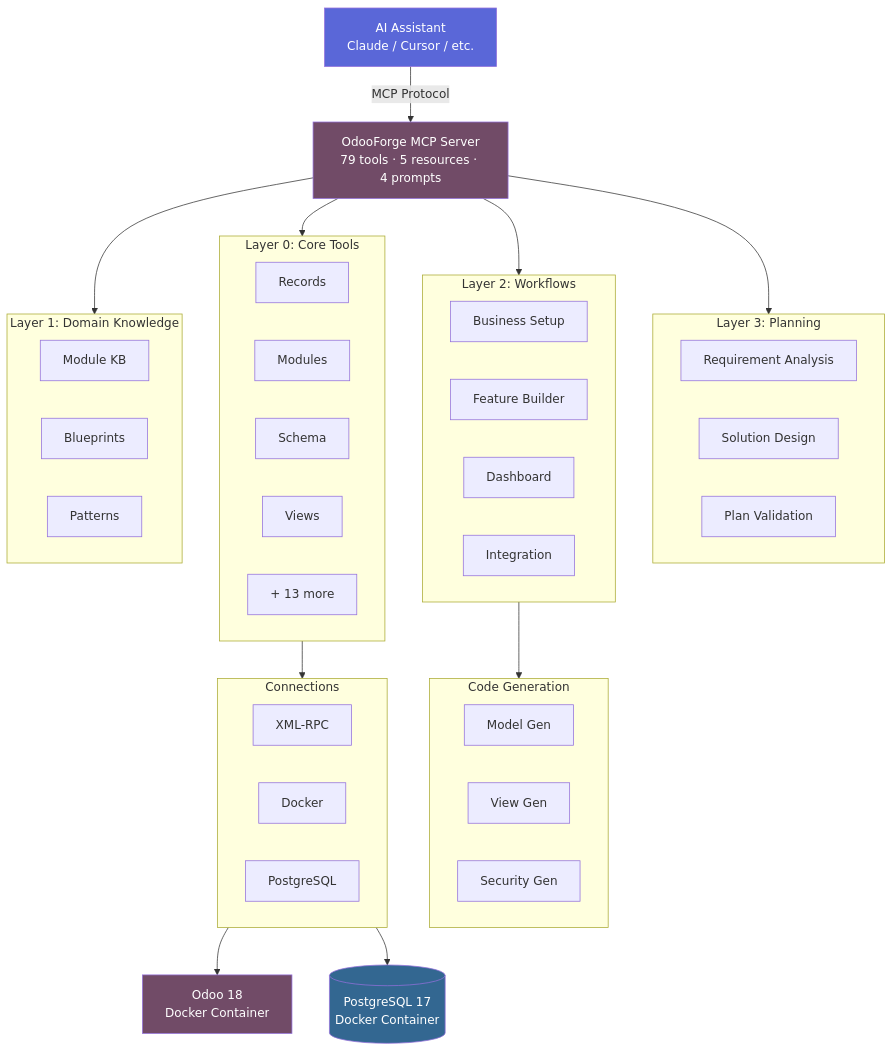
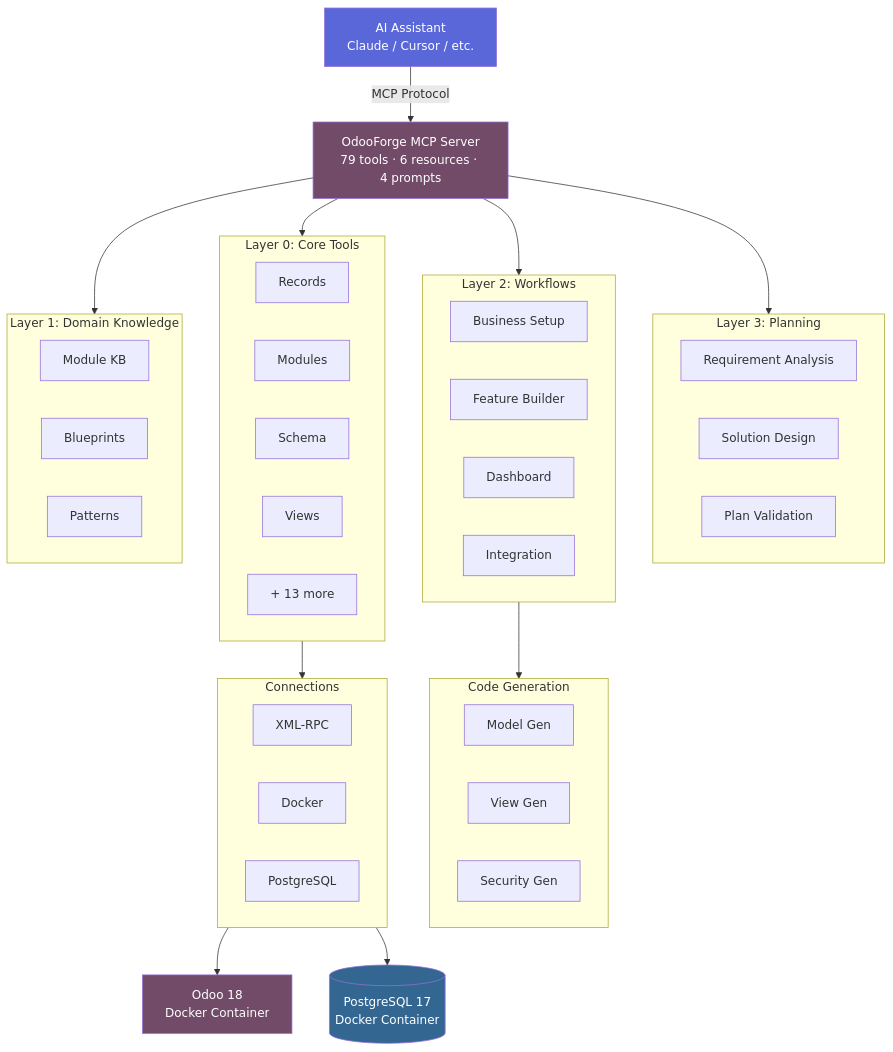
Before and after one commit to hamzatrq/odoo-forge: the diagram in README.md, drawn with Mermaid. The commit also changed other lines of this file and 7 other files, not shown here.

First line of the commit message:
feat: add `odooforge init --update` and update identity to CLI toolkit + MCP server

````diff
--- a/README.md
+++ b/README.md
@@ -233,65 +242,65 @@
 ```mermaid
 graph TB
-    AI[AI Assistant<br/>Claude / Cursor / etc.] -->|MCP Protocol| MCP[OdooForge MCP Server<br/>79 tools · 5 resources · 4 prompts]
+    AI[AI Assistant<br/>Claude / Cursor / etc.] -->|MCP Protocol| MCP[OdooForge MCP Server<br/>79 tools · 6 resources · 4 prompts]
 
     MCP --> Planning[Planning Layer]
     MCP --> Workflows[Workflow Layer]
     MCP --> Tools[Core Tool Layer]
     MCP --> Knowledge[Knowledge Layer]
 
     subgraph Planning[Layer 3: Planning]
         direction LR
         P1[Requirement Analysis]
         P2[Solution Design]
         P3[Plan Validation]
     end
 
     subgraph Workflows[Layer 2: Workflows]
         direction LR
         W1[Business Setup]
         W2[Feature Builder]
         W3[Dashboard]
         W4[Integration]
     end
 
     subgraph Tools[Layer 0: Core Tools]
         direction LR
         T1[Records]
         T2[Modules]
         T3[Schema]
         T4[Views]
         T5[+ 13 more]
     end
 
     subgraph Knowledge[Layer 1: Domain Knowledge]
         direction LR
         K1[Module KB]
         K2[Blueprints]
         K3[Patterns]
     end
 
     subgraph Codegen[Code Generation]
         direction LR
         C1[Model Gen]
         C2[View Gen]
         C3[Security Gen]
     end
 
     Workflows --> Codegen
     Tools --> Conn[Connections]
 
     subgraph Conn[Connections]
         direction LR
         RPC[XML-RPC]
         Docker[Docker]
         PG[PostgreSQL]
     end
 
     Conn --> Odoo[Odoo 18<br/>Docker Container]
     Conn --> DB[(PostgreSQL 17<br/>Docker Container)]
 
     style AI fill:#5A67D8,color:#fff
     style MCP fill:#714B67,color:#fff
     style Odoo fill:#714B67,color:#fff
     style DB fill:#336791,color:#fff
 ```
````
